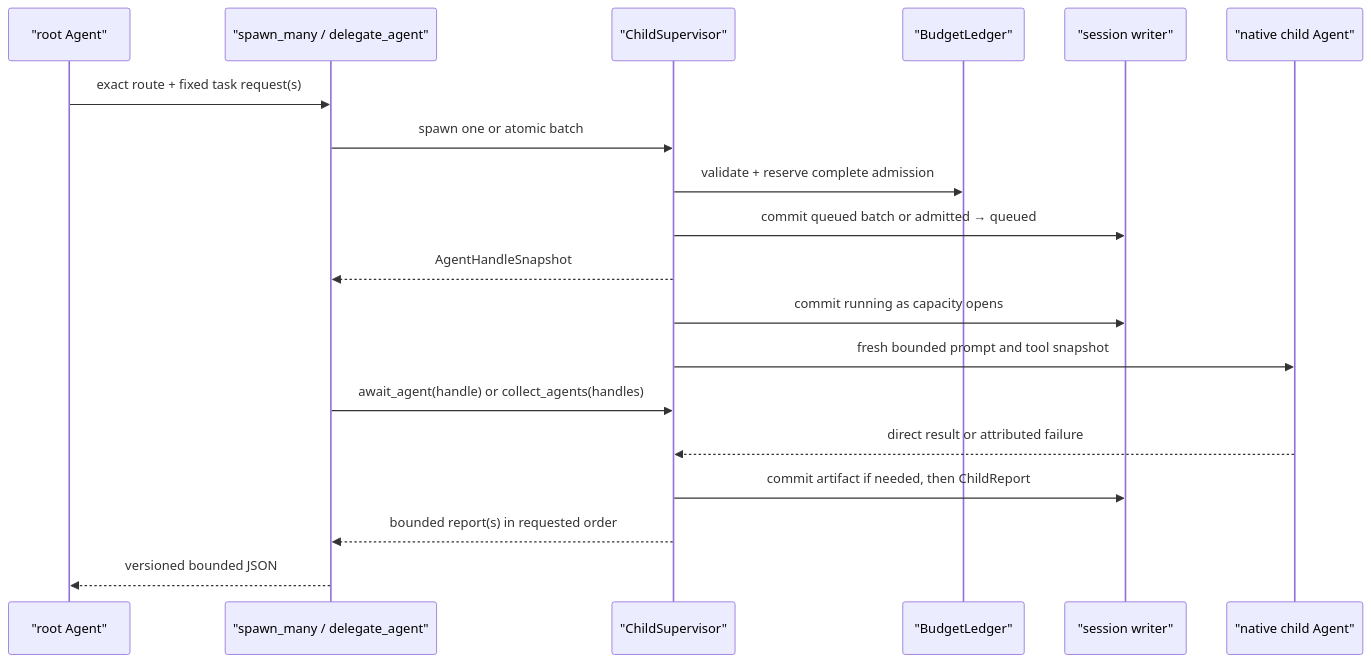
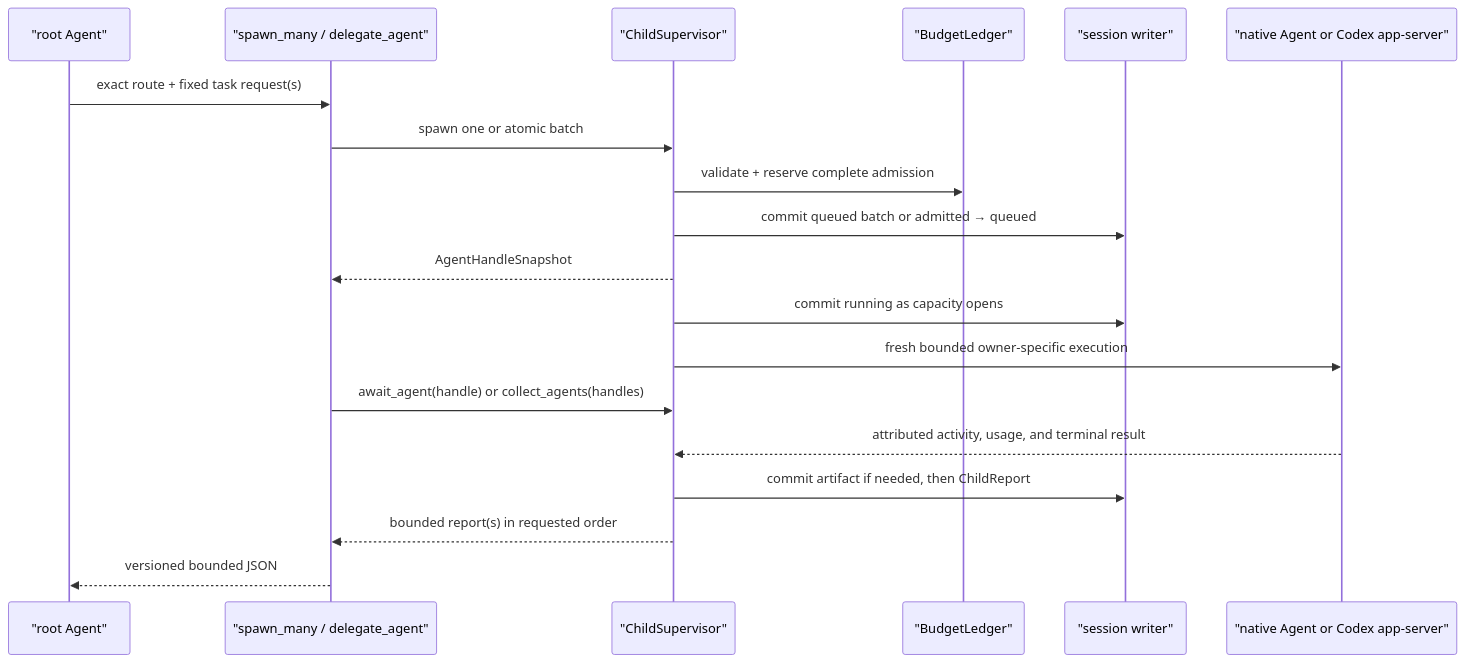
One commit to labcoder/xana changed the second of 2 diagrams in docs/architecture/README.md. Above: the diagram before and after it, drawn with Mermaid. The commit also changed other lines of this file and 19 other files, not shown here.

````diff
--- a/docs/architecture/README.md
+++ b/docs/architecture/README.md
@@ -118,21 +123,21 @@
 ```mermaid
 sequenceDiagram
     participant Root as "root Agent"
     participant Tool as "spawn_many / delegate_agent"
     participant Supervisor as "ChildSupervisor"
     participant Ledger as "BudgetLedger"
     participant Session as "session writer"
-    participant Child as "native child Agent"
+    participant Owner as "native Agent or Codex app-server"
     Root->>Tool: exact route + fixed task request(s)
     Tool->>Supervisor: spawn one or atomic batch
     Supervisor->>Ledger: validate + reserve complete admission
     Supervisor->>Session: commit queued batch or admitted → queued
     Supervisor-->>Tool: AgentHandleSnapshot
     Supervisor->>Session: commit running as capacity opens
-    Supervisor->>Child: fresh bounded prompt and tool snapshot
+    Supervisor->>Owner: fresh bounded owner-specific execution
     Tool->>Supervisor: await_agent(handle) or collect_agents(handles)
-    Child-->>Supervisor: direct result or attributed failure
+    Owner-->>Supervisor: attributed activity, usage, and terminal result
     Supervisor->>Session: commit artifact if needed, then ChildReport
     Supervisor-->>Tool: bounded report(s) in requested order
     Tool-->>Root: versioned bounded JSON
 ```
````
